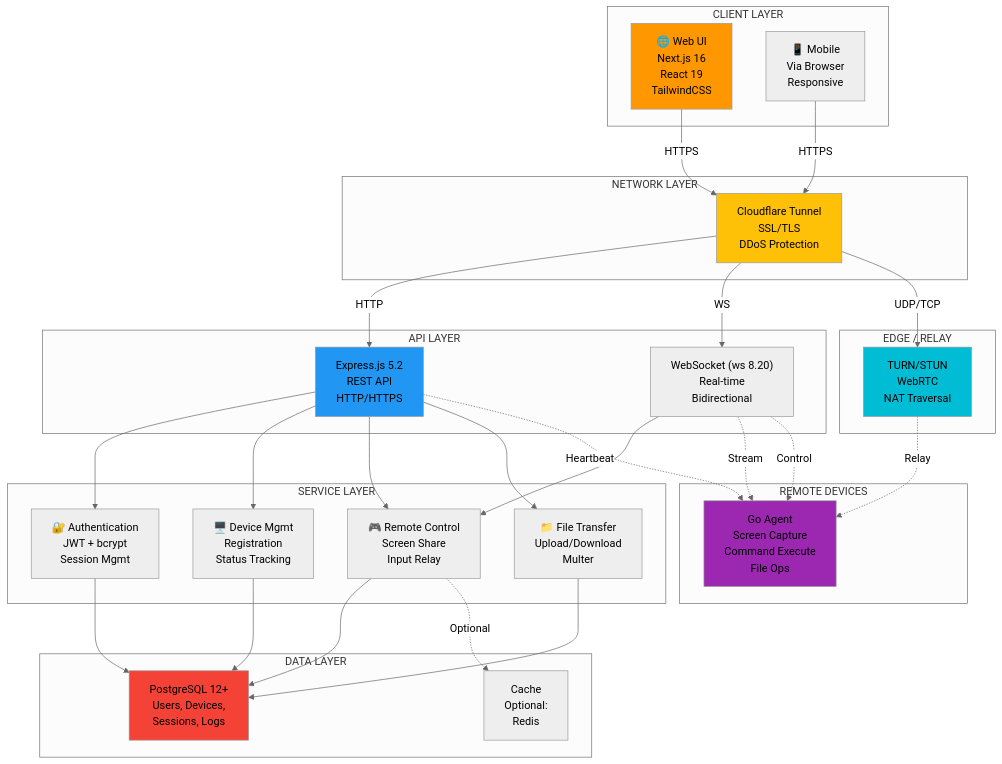
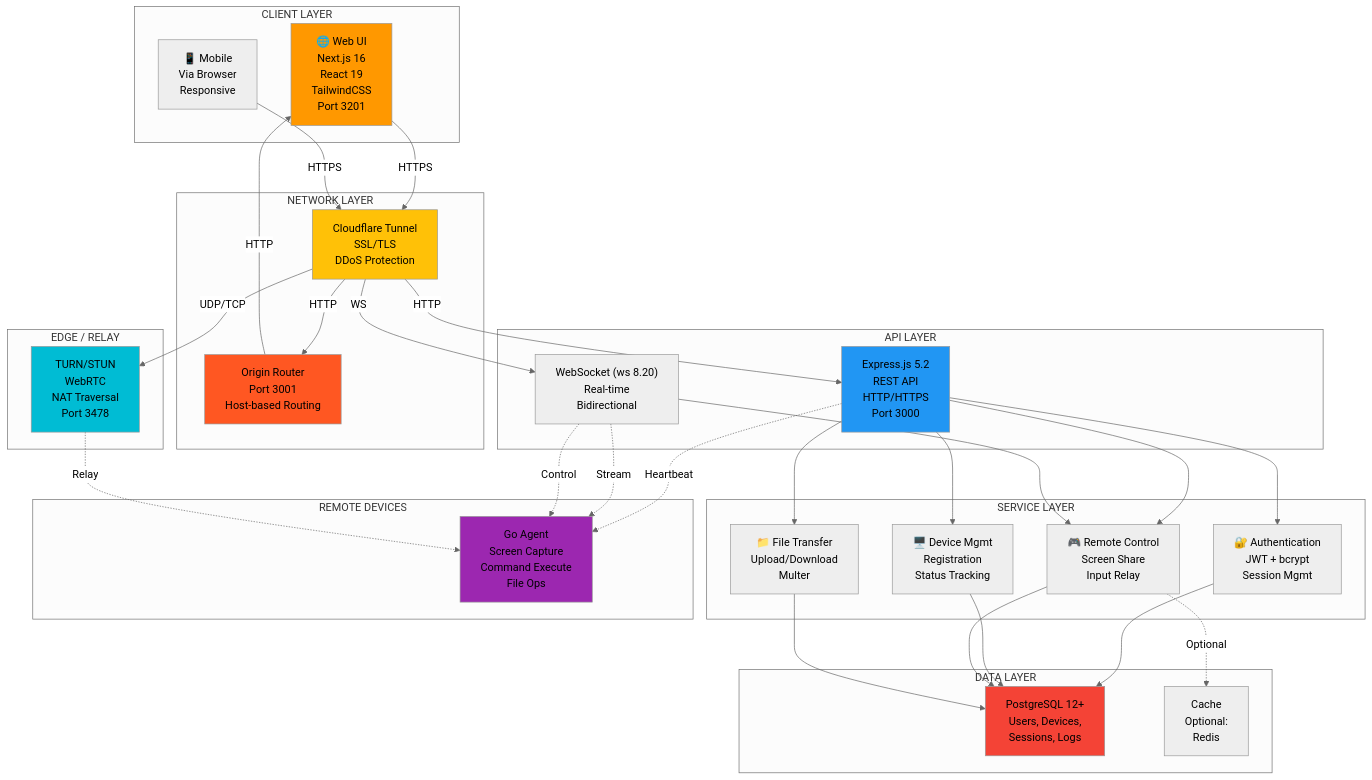
One commit to arvindjonn09/CL-NL-V1 changed the sixth of 8 diagrams in ARCHITECTURE_DIAGRAMS.md. Above: the diagram before and after it, drawn with Mermaid (neutral theme). The commit also changed other lines of this file and 4 other files, not shown here.

First line of the commit message:
Update all documentation with correct architecture

````diff
--- a/ARCHITECTURE_DIAGRAMS.md
+++ b/ARCHITECTURE_DIAGRAMS.md
@@ -244,69 +258,73 @@
 ```mermaid
 graph TB
     subgraph client_layer["CLIENT LAYER"]
-        web["🌐 Web UI<br/>Next.js 16<br/>React 19<br/>TailwindCSS"]
+        web["🌐 Web UI<br/>Next.js 16<br/>React 19<br/>TailwindCSS<br/>Port 3201"]
         mobile["📱 Mobile<br/>Via Browser<br/>Responsive"]
     end
     
     subgraph network["NETWORK LAYER"]
         cf["Cloudflare Tunnel<br/>SSL/TLS<br/>DDoS Protection"]
+        router["Origin Router<br/>Port 3001<br/>Host-based Routing"]
     end
     
     subgraph api_layer["API LAYER"]
-        express["Express.js 5.2<br/>REST API<br/>HTTP/HTTPS"]
+        express["Express.js 5.2<br/>REST API<br/>HTTP/HTTPS<br/>Port 3000"]
         ws["WebSocket (ws 8.20)<br/>Real-time<br/>Bidirectional"]
     end
     
     subgraph service_layer["SERVICE LAYER"]
         auth["🔐 Authentication<br/>JWT + bcrypt<br/>Session Mgmt"]
         device["🖥️ Device Mgmt<br/>Registration<br/>Status Tracking"]
         remote["🎮 Remote Control<br/>Screen Share<br/>Input Relay"]
         file["📁 File Transfer<br/>Upload/Download<br/>Multer"]
     end
     
     subgraph data_layer["DATA LAYER"]
         postgres["PostgreSQL 12+<br/>Users, Devices,<br/>Sessions, Logs"]
         cache["Cache<br/>Optional:<br/>Redis"]
     end
     
     subgraph edge["EDGE / RELAY"]
-        turn["TURN/STUN<br/>WebRTC<br/>NAT Traversal"]
+        turn["TURN/STUN<br/>WebRTC<br/>NAT Traversal<br/>Port 3478"]
     end
     
     subgraph agent_layer["REMOTE DEVICES"]
         agent["Go Agent<br/>Screen Capture<br/>Command Execute<br/>File Ops"]
     end
     
     web -->|HTTPS| cf
     mobile -->|HTTPS| cf
+    cf -->|HTTP| router
+    router -->|HTTP| web
     cf -->|HTTP| express
     cf -->|WS| ws
     cf -->|UDP/TCP| turn
     
     express --> auth
     express --> device
     express --> remote
     express --> file
     
     ws --> remote
     
     auth --> postgres
     device --> postgres
     remote --> postgres
     file --> postgres
     
     remote -.->|Optional| cache
     
     express -.->|Heartbeat| agent
     ws -.->|Stream| agent
     ws -.->|Control| agent
     
     turn -.->|Relay| agent
     
     style web fill:#FF9800
+    style router fill:#FF5722
     style cf fill:#FFC107
     style express fill:#2196F3
     style postgres fill:#F44336
     style agent fill:#9C27B0
     style turn fill:#00BCD4
 ```
````
